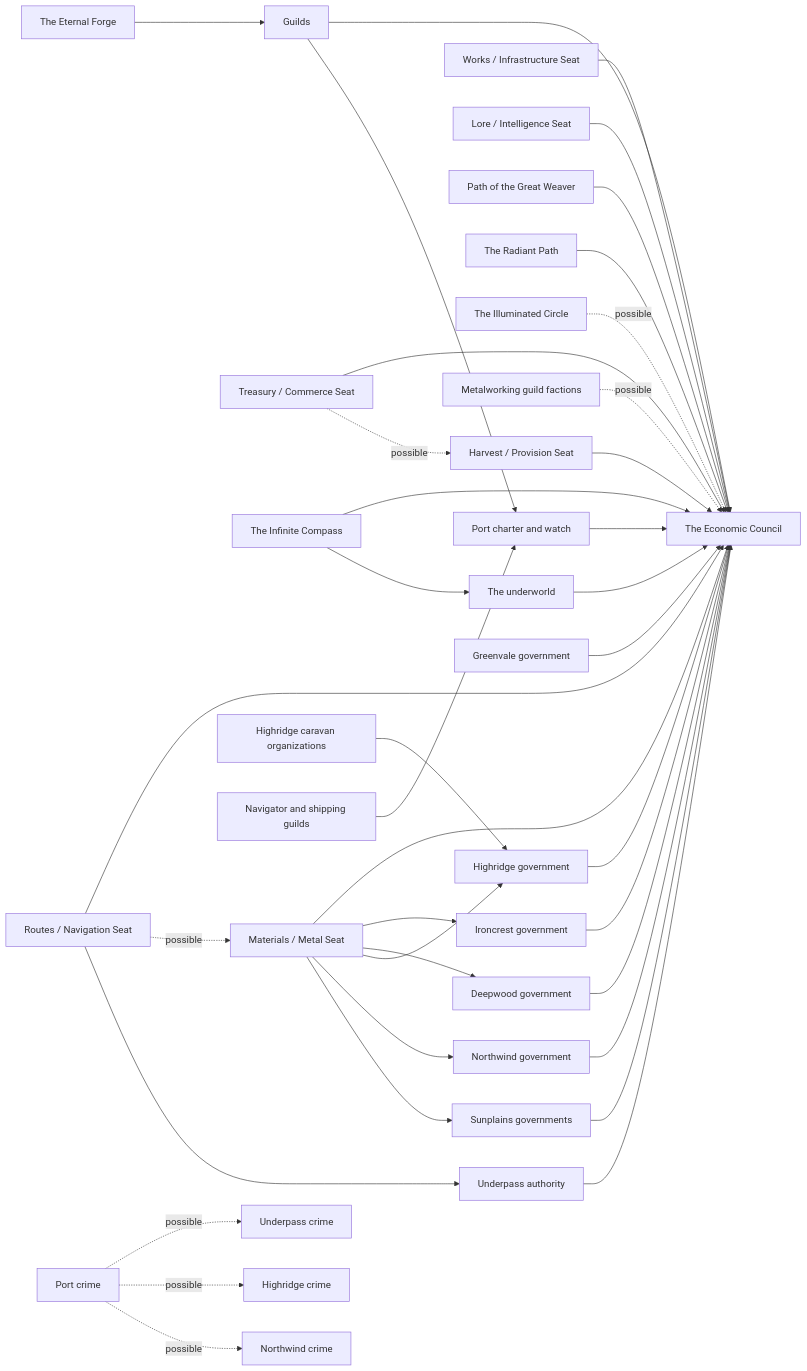
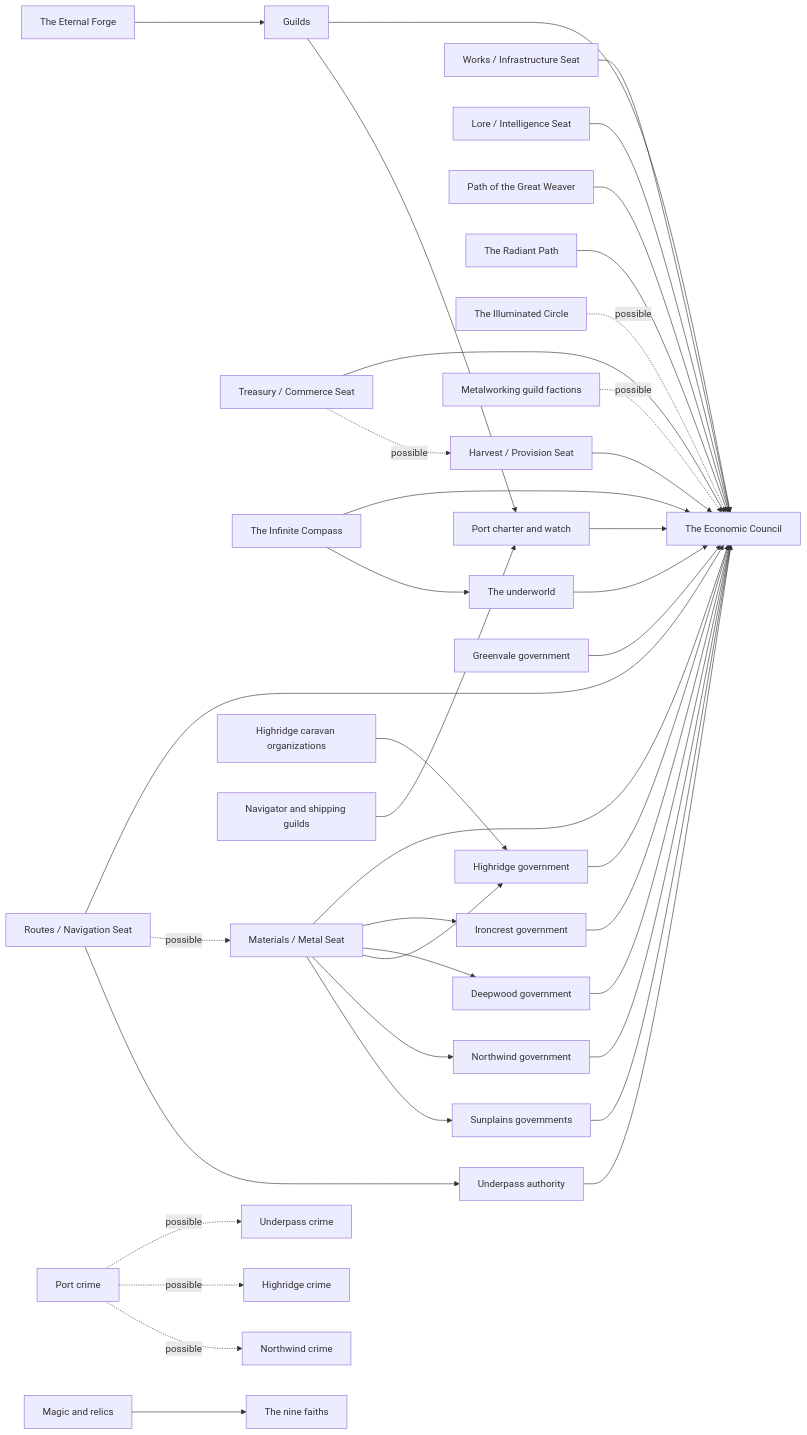
One commit to BigCatMellow/10Kings changed the diagram in atlas/power/README.md. Above: the diagram before and after it, drawn with Mermaid. The commit also changed other lines of this file and 31 other files, not shown here.

````diff
--- a/atlas/power/README.md
+++ b/atlas/power/README.md
@@ -117,69 +118,72 @@
 ```mermaid
 flowchart LR
   pw_seat_harvest["Harvest / Provision Seat"]
   pw_council["The Economic Council"]
   pw_seat_materials["Materials / Metal Seat"]
   pw_seat_routes["Routes / Navigation Seat"]
   pw_seat_works["Works / Infrastructure Seat"]
   pw_seat_treasury["Treasury / Commerce Seat"]
   pw_seat_lore["Lore / Intelligence Seat"]
   pw_faith_weaver["Path of the Great Weaver"]
   pw_faith_radiant["The Radiant Path"]
   pw_faith_illuminated["The Illuminated Circle"]
   pw_faith_compass["The Infinite Compass"]
   pw_underworld["The underworld"]
   pw_faith_forge["The Eternal Forge"]
   pw_guilds["Guilds"]
   pw_guild_metal["Metalworking guild factions"]
   pw_guild_caravan["Highridge caravan organizations"]
   pw_gov_highridge["Highridge government"]
   pw_guild_nav["Navigator and shipping guilds"]
   pw_gov_port["Port charter and watch"]
   pw_gov_ironcrest["Ironcrest government"]
   pw_gov_northwind["Northwind government"]
   pw_gov_greenvale["Greenvale government"]
   pw_gov_deepwood["Deepwood government"]
   pw_gov_sunplains["Sunplains governments"]
   pw_gov_underpass["Underpass authority"]
   pw_crime_port["Port crime"]
   pw_crime_underpass["Underpass crime"]
   pw_crime_highridge["Highridge crime"]
   pw_crime_northwind["Northwind crime"]
+  pw_magic["Magic and relics"]
+  pw_faiths["The nine faiths"]
   pw_seat_harvest --> pw_council
   pw_seat_materials --> pw_council
   pw_seat_routes --> pw_council
   pw_seat_works --> pw_council
   pw_seat_treasury --> pw_council
   pw_seat_lore --> pw_council
   pw_seat_treasury -.->|possible| pw_seat_harvest
   pw_seat_routes -.->|possible| pw_seat_materials
   pw_faith_weaver --> pw_council
   pw_faith_radiant --> pw_council
   pw_faith_illuminated -.->|possible| pw_council
   pw_faith_compass --> pw_council
   pw_faith_compass --> pw_underworld
   pw_faith_forge --> pw_guilds
   pw_guild_metal -.->|possible| pw_council
   pw_guild_caravan --> pw_gov_highridge
   pw_guild_nav --> pw_gov_port
   pw_guilds --> pw_council
   pw_guilds --> pw_gov_port
   pw_underworld --> pw_council
   pw_gov_ironcrest --> pw_council
   pw_gov_northwind --> pw_council
   pw_gov_greenvale --> pw_council
   pw_gov_highridge --> pw_council
   pw_gov_deepwood --> pw_council
   pw_gov_sunplains --> pw_council
   pw_gov_port --> pw_council
   pw_gov_underpass --> pw_council
   pw_seat_materials --> pw_gov_ironcrest
   pw_seat_materials --> pw_gov_deepwood
   pw_seat_materials --> pw_gov_highridge
   pw_seat_materials --> pw_gov_northwind
   pw_seat_materials --> pw_gov_sunplains
   pw_seat_routes --> pw_gov_underpass
   pw_crime_port -.->|possible| pw_crime_underpass
   pw_crime_port -.->|possible| pw_crime_highridge
   pw_crime_port -.->|possible| pw_crime_northwind
+  pw_magic --> pw_faiths
 ```
````
